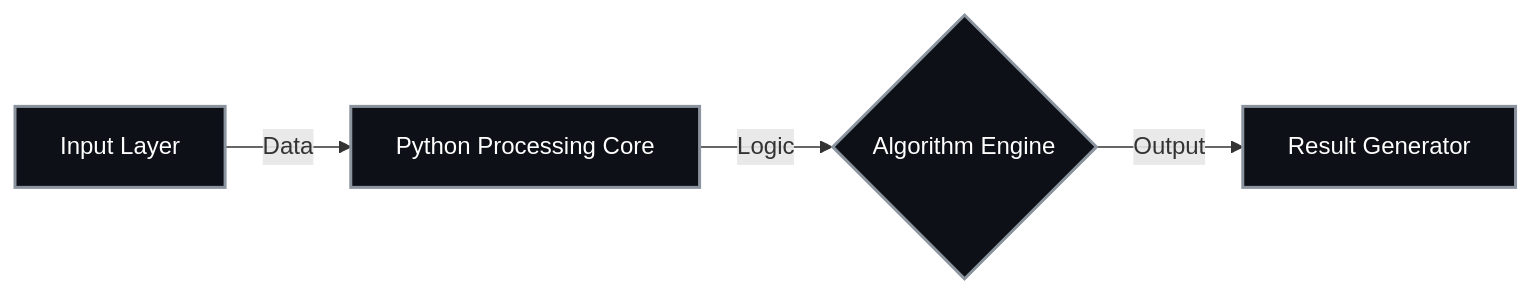
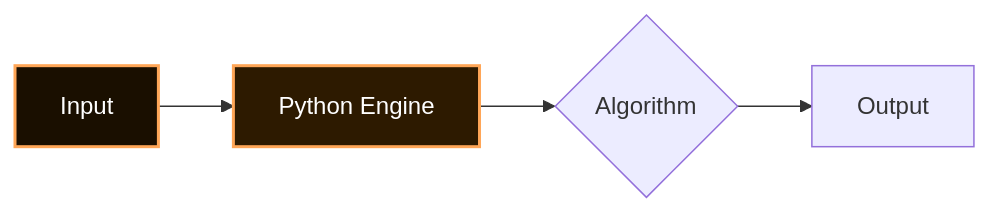
Before and after one commit to karthik-idikuda/Gesture-Calculator: the diagram in README.md, drawn with Mermaid. The commit also changed other lines of this file, not shown here.

````diff
--- a/README.md
+++ b/README.md
@@ -29,9 +34,9 @@
 ```mermaid
 graph LR;
-    A["Input Layer"] -->|Data| B["Python Processing Core"];
-    B -->|Logic| C{"Algorithm Engine"};
-    C -->|Output| D["Result Generator"];
-    
-    classDef core fill:#0d1117,stroke:#8b949e,stroke-width:2px,color:#fff;
-    class A,B,C,D core;
+    A["Input"] --> B["Python Engine"];
+    B --> C{"Algorithm"};
+    C --> D["Output"];
+
+    style A fill:#1a0f00,stroke:#ffa657,stroke-width:2px,color:#fff
+    style B fill:#2d1a00,stroke:#ffa657,stroke-width:2px,color:#fff
 ```
````
